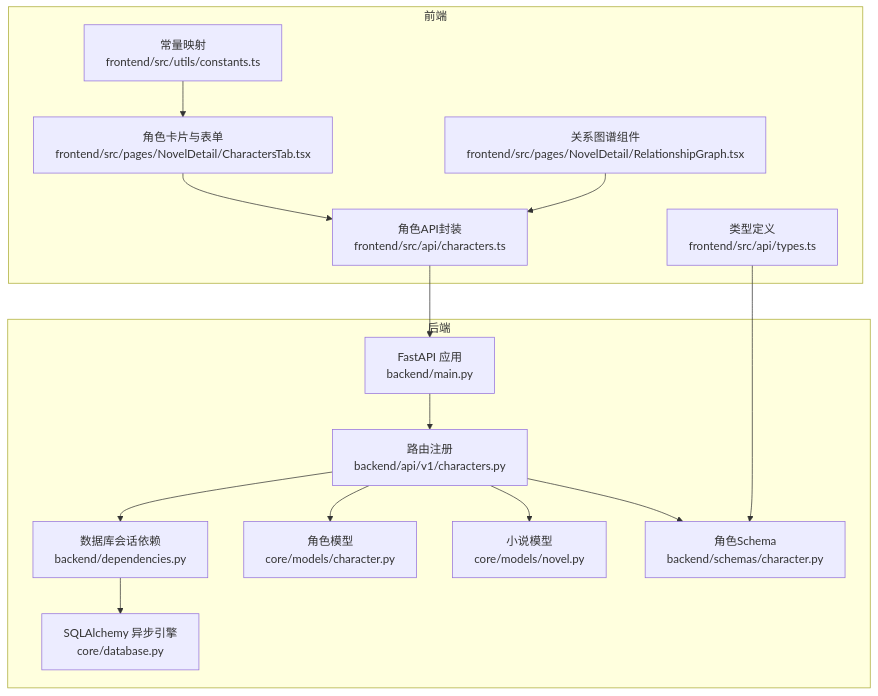
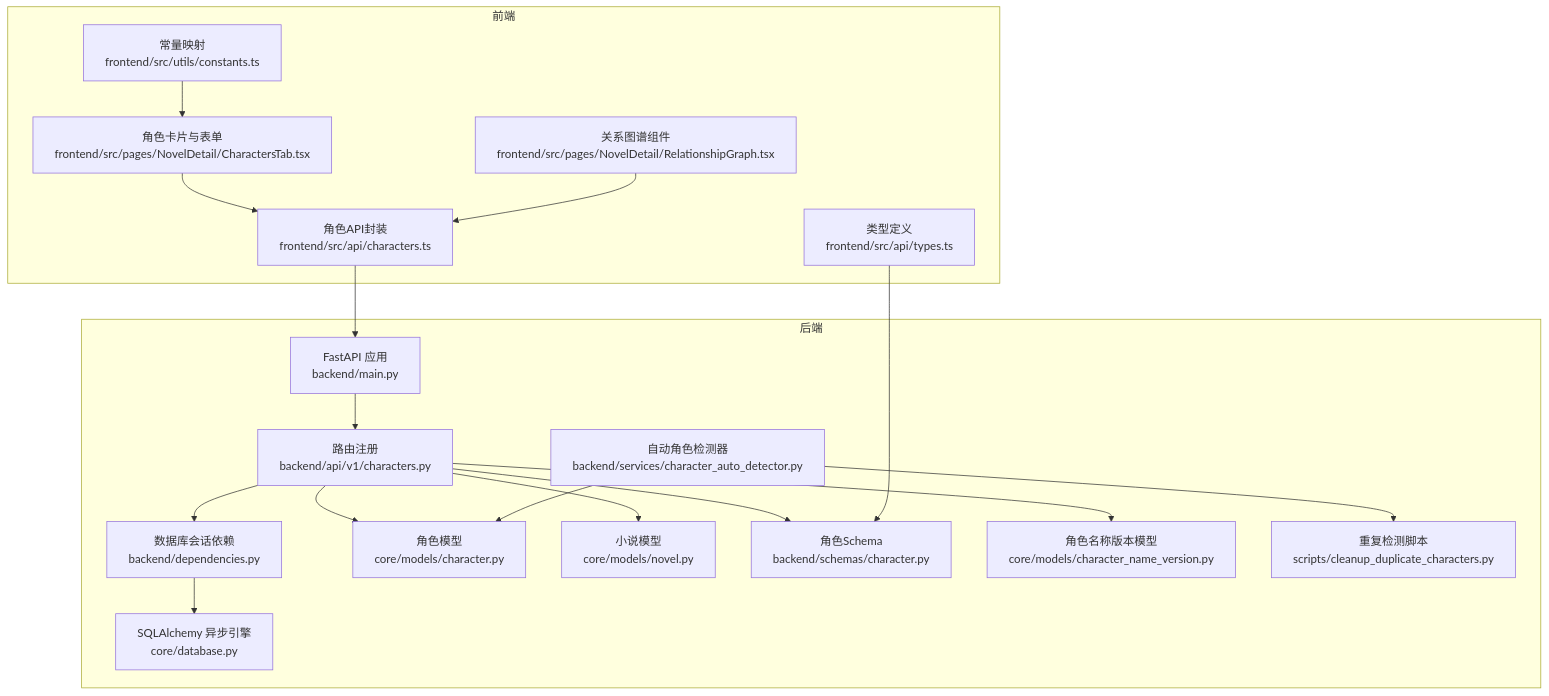
The first of 10 diagrams in .qoder/repowiki/zh/content/API接口文档/角色管理API.md (xfbyxq/ai-novel-system), drawn with Mermaid before and after one commit. The commit also changed other lines of this file and 11 other files, not shown here.

````diff
--- a/.qoder/repowiki/zh/content/API接口文档/角色管理API.md
+++ b/.qoder/repowiki/zh/content/API接口文档/角色管理API.md
@@ -45,30 +60,36 @@
 ```mermaid
 graph TB
 subgraph "后端"
 A["FastAPI 应用<br/>backend/main.py"]
 B["路由注册<br/>backend/api/v1/characters.py"]
 C["数据库会话依赖<br/>backend/dependencies.py"]
 D["SQLAlchemy 异步引擎<br/>core/database.py"]
 E["角色模型<br/>core/models/character.py"]
 F["小说模型<br/>core/models/novel.py"]
 G["角色Schema<br/>backend/schemas/character.py"]
+H["角色名称版本模型<br/>core/models/character_name_version.py"]
+I["自动角色检测器<br/>backend/services/character_auto_detector.py"]
+J["重复检测脚本<br/>scripts/cleanup_duplicate_characters.py"]
 end
 subgraph "前端"
-H["角色API封装<br/>frontend/src/api/characters.ts"]
-I["角色卡片与表单<br/>frontend/src/pages/NovelDetail/CharactersTab.tsx"]
-J["关系图谱组件<br/>frontend/src/pages/NovelDetail/RelationshipGraph.tsx"]
-K["类型定义<br/>frontend/src/api/types.ts"]
-L["常量映射<br/>frontend/src/utils/constants.ts"]
+K["角色API封装<br/>frontend/src/api/characters.ts"]
+L["角色卡片与表单<br/>frontend/src/pages/NovelDetail/CharactersTab.tsx"]
+M["关系图谱组件<br/>frontend/src/pages/NovelDetail/RelationshipGraph.tsx"]
+N["类型定义<br/>frontend/src/api/types.ts"]
+O["常量映射<br/>frontend/src/utils/constants.ts"]
 end
 A --> B
 B --> C
 C --> D
 B --> E
 B --> F
 B --> G
-H --> A
-I --> H
-J --> H
-K --> G
-L --> I
+B --> H
+I --> E
+I --> J
+K --> A
+L --> K
+M --> K
+N --> G
+O --> L
 ```
````
